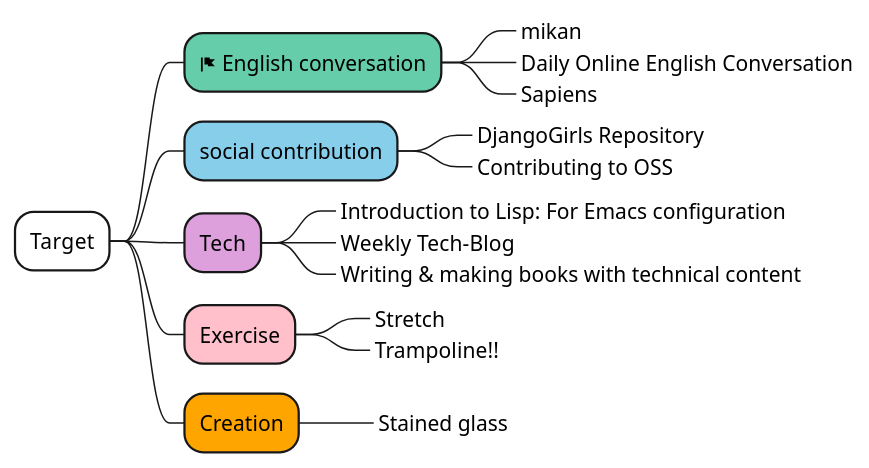
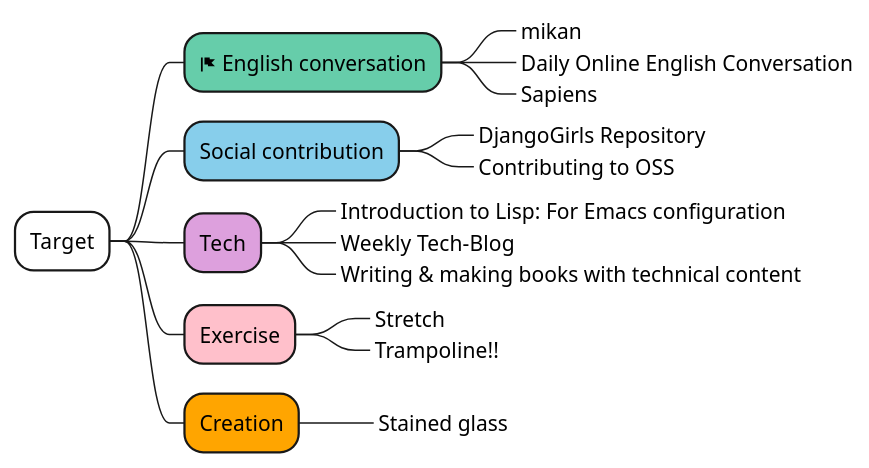
Before and after one commit to Ishizuka427/MindMap: the diagram in test.puml, drawn with PlantUML. The commit also changed 1 other file, not shown here.

```diff
--- a/test.puml
+++ b/test.puml
@@ -1,19 +1,19 @@
 @startmindmap
 *[#white] Target
 **[#mediumaquamarine] <&flag> English conversation
 ***_ mikan
 ***_ Daily Online English Conversation
 ***_ Sapiens
-**[#skyblue] social contribution
+**[#skyblue] Social contribution
 ***_ DjangoGirls Repository
 ***_ Contributing to OSS
 **[#plum] Tech
 ***_ Introduction to Lisp: For Emacs configuration
 ***_ Weekly Tech-Blog
 ***_ Writing & making books with technical content
 **[#pink] Exercise
 ***_ Stretch
 ***_ Trampoline!!
 **[#orange] Creation
 ***_ Stained glass
 @endmindmap
```
